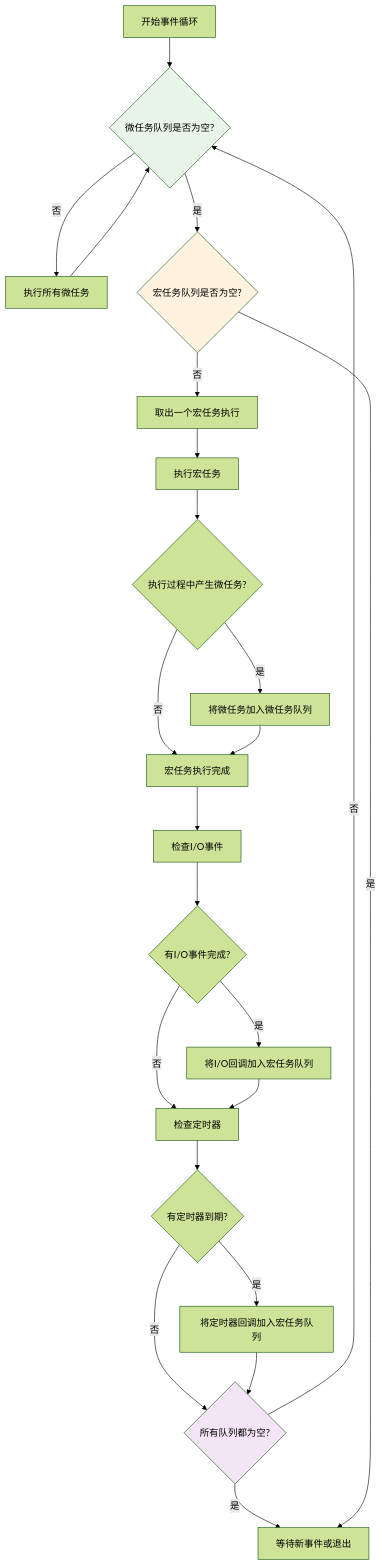
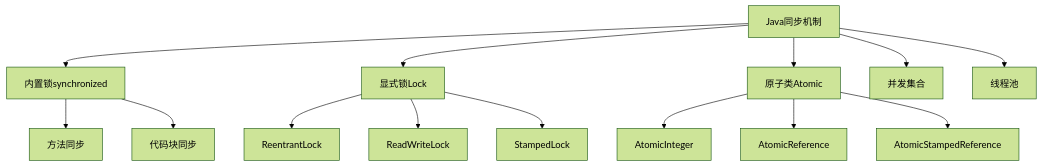
The seventh of 19 diagrams in 00.通用技术的提升/README.md (chongyang211/YCBookBlog), drawn with Mermaid (forest theme) before and after one commit. The commit also changed other lines of this file, not shown here.

````diff
--- a/00.通用技术的提升/README.md
+++ b/00.通用技术的提升/README.md
@@ -351,29 +255,19 @@
 ```mermaid
-flowchart TD
-    A[开始事件循环] --> B{微任务队列是否为空?}
-    B -->|否| C[执行所有微任务]
-    C --> B
-    B -->|是| D{宏任务队列是否为空?}
-    D -->|否| E[取出一个宏任务执行]
-    E --> F[执行宏任务]
-    F --> G{执行过程中产生微任务?}
-    G -->|是| H[将微任务加入微任务队列]
-    G -->|否| I[宏任务执行完成]
-    H --> I
-    I --> J[检查I/O事件]
-    J --> K{有I/O事件完成?}
-    K -->|是| L[将I/O回调加入宏任务队列]
-    K -->|否| M[检查定时器]
-    L --> M
-    M --> N{有定时器到期?}
-    N -->|是| O[将定时器回调加入宏任务队列]
-    N -->|否| P{所有队列都为空?}
-    O --> P
-    P -->|是| Q[等待新事件或退出]
-    P -->|否| B
-    D -->|是| Q
+graph TD
+    A[Java同步机制] --> B[内置锁synchronized]
+    A --> C[显式锁Lock]
+    A --> D[原子类Atomic]
+    A --> E[并发集合]
+    A --> F[线程池]
     
-    style B fill:#e8f5e8
-    style D fill:#fff3e0
-    style P fill:#f3e5f5
+    B --> B1[方法同步]
+    B --> B2[代码块同步]
+    
+    C --> C1[ReentrantLock]
+    C --> C2[ReadWriteLock]
+    C --> C3[StampedLock]
+    
+    D --> D1[AtomicInteger]
+    D --> D2[AtomicReference]
+    D --> D3[AtomicStampedReference]
 ```
````
